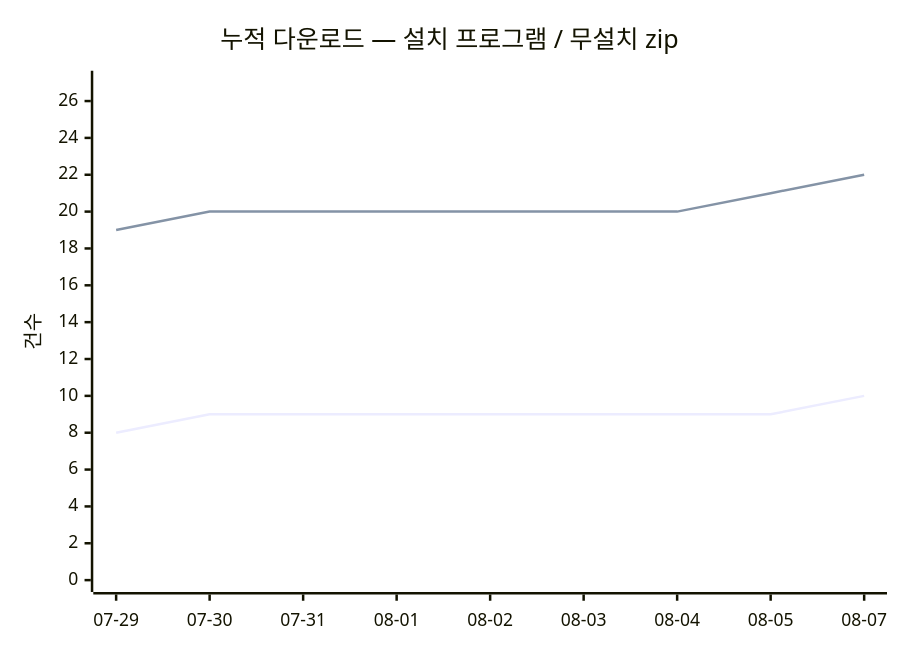
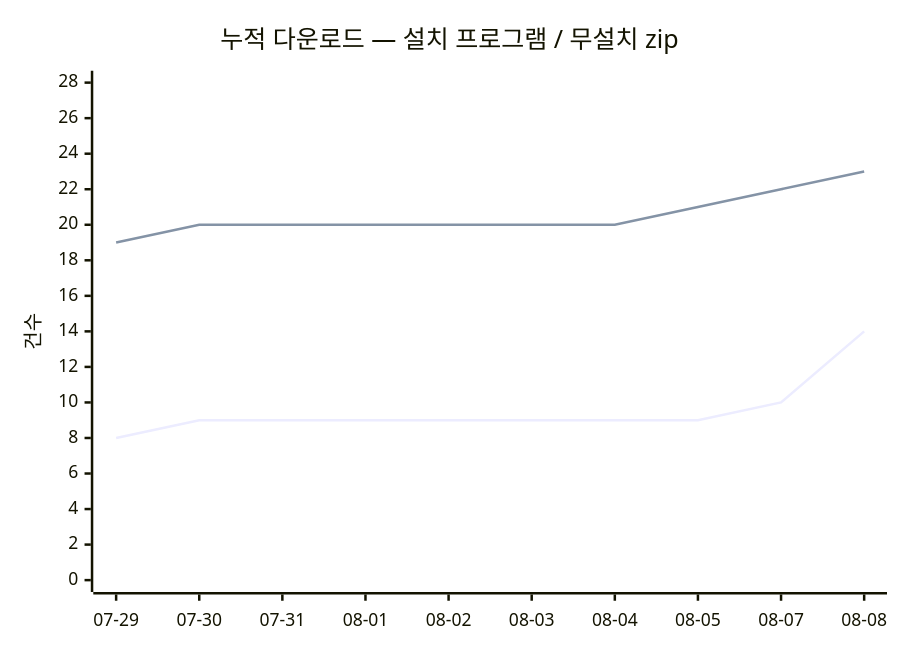
Before and after one commit to dodaseo/ibis-releases: the diagram in README.md, drawn with Mermaid. The commit also changed other lines of this file and 2 other files, not shown here.

Commit message:
chore(stats): 다운로드 스냅숏 2026-08-08

````diff
--- a/README.md
+++ b/README.md
@@ -137,8 +137,8 @@
 ```mermaid
 xychart-beta
     title "누적 다운로드 — 설치 프로그램 / 무설치 zip"
-    x-axis [07-29, 07-30, 07-31, 08-01, 08-02, 08-03, 08-04, 08-05, 08-07]
-    y-axis "건수" 0 --> 27
-    line [8, 9, 9, 9, 9, 9, 9, 9, 10]
-    line [19, 20, 20, 20, 20, 20, 20, 21, 22]
+    x-axis [07-29, 07-30, 07-31, 08-01, 08-02, 08-03, 08-04, 08-05, 08-07, 08-08]
+    y-axis "건수" 0 --> 28
+    line [8, 9, 9, 9, 9, 9, 9, 9, 10, 14]
+    line [19, 20, 20, 20, 20, 20, 20, 21, 22, 23]
 ```
````
